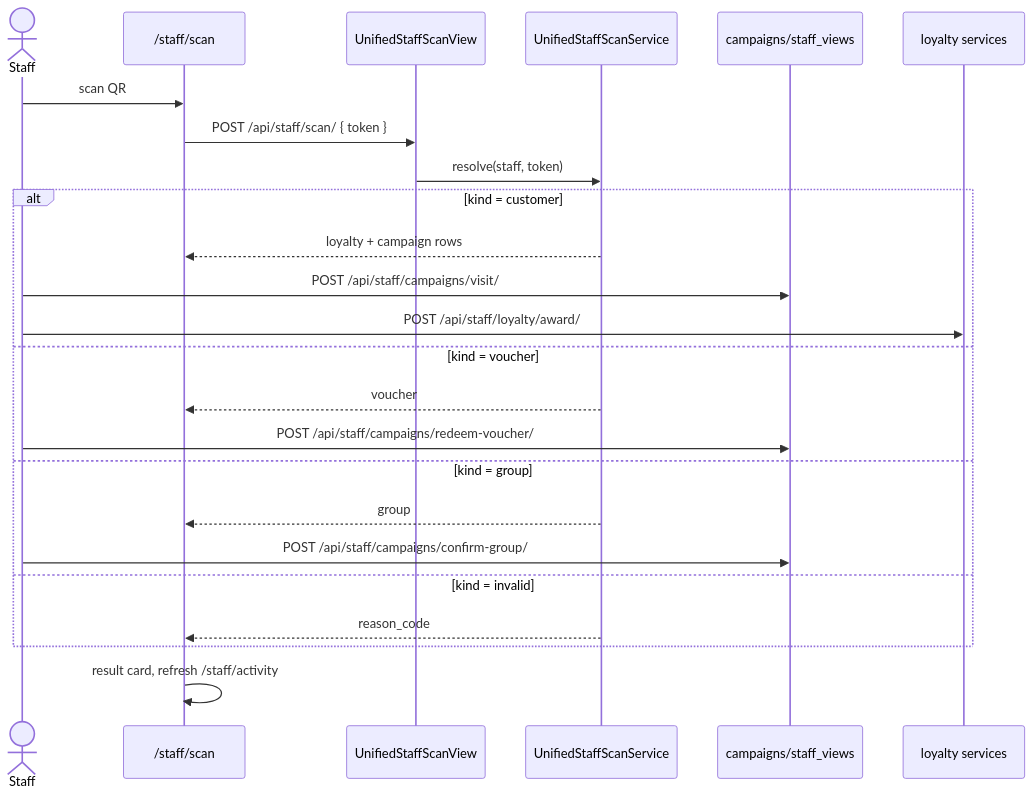
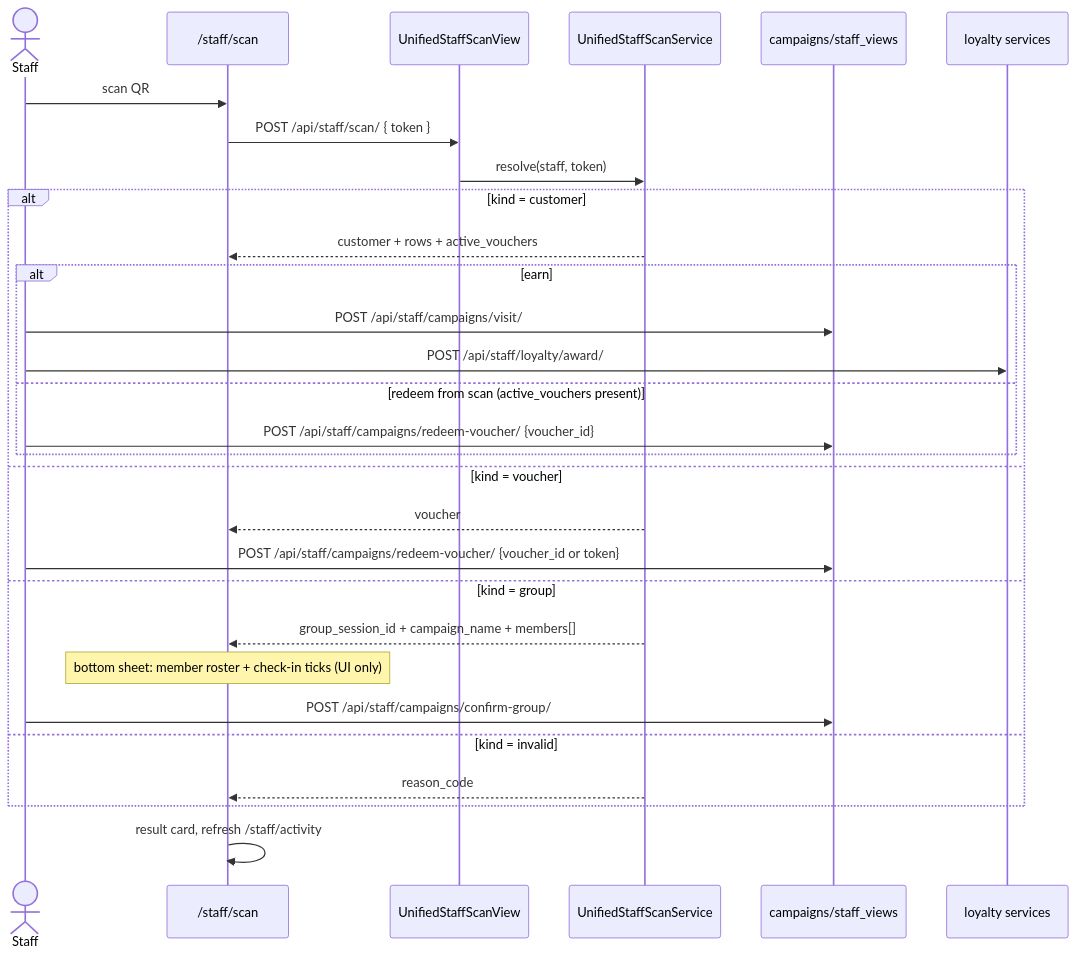
The diagram in docs/workflows/staff-scan-unified.md (abdulra7ma/Jaqyn-services), drawn with Mermaid before and after one commit. The commit also changed other lines of this file and 37 other files, not shown here.

First line of the commit message:
feat: staff app handoff — redeem-from-scan, floating nav, activity filters

````diff
--- a/docs/workflows/staff-scan-unified.md
+++ b/docs/workflows/staff-scan-unified.md
@@ -66,27 +94,32 @@
 ```mermaid
 sequenceDiagram
     actor S as Staff
     participant FE as /staff/scan
     participant V as UnifiedStaffScanView
     participant SVC as UnifiedStaffScanService
     participant CS as campaigns/staff_views
     participant LS as loyalty services
 
     S->>FE: scan QR
     FE->>V: POST /api/staff/scan/ { token }
     V->>SVC: resolve(staff, token)
     alt kind = customer
-        SVC-->>FE: loyalty + campaign rows
-        S->>CS: POST /api/staff/campaigns/visit/
-        S->>LS: POST /api/staff/loyalty/award/
+        SVC-->>FE: customer + rows + active_vouchers
+        alt earn
+            S->>CS: POST /api/staff/campaigns/visit/
+            S->>LS: POST /api/staff/loyalty/award/
+        else redeem from scan (active_vouchers present)
+            S->>CS: POST /api/staff/campaigns/redeem-voucher/ {voucher_id}
+        end
     else kind = voucher
         SVC-->>FE: voucher
-        S->>CS: POST /api/staff/campaigns/redeem-voucher/
+        S->>CS: POST /api/staff/campaigns/redeem-voucher/ {voucher_id or token}
     else kind = group
-        SVC-->>FE: group
+        SVC-->>FE: group_session_id + campaign_name + members[]
+        Note over FE: bottom sheet: member roster + check-in ticks (UI only)
         S->>CS: POST /api/staff/campaigns/confirm-group/
     else kind = invalid
         SVC-->>FE: reason_code
     end
     FE->>FE: result card, refresh /staff/activity
 ```
````
